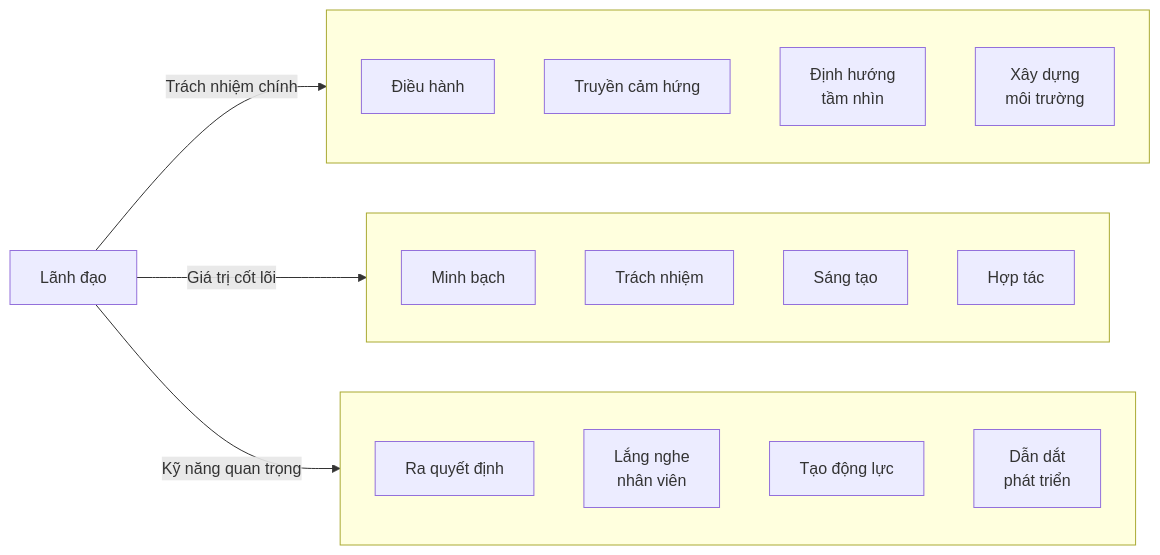
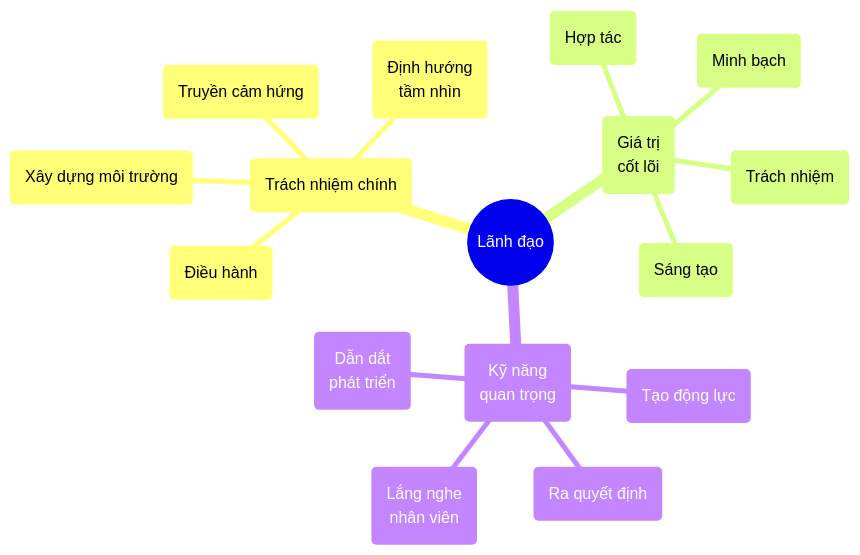
The second of 8 diagrams in src/site/notes/Studies/University/Year 1/T2/EM1180 - Business Culture and Entrepreneurship/Project/Summary - slides.md (FairyHmm/notes), drawn with Mermaid before and after one commit. The commit also changed other lines of this file and 1 other file, not shown here.

````diff
--- a/src/site/notes/Studies/University/Year 1/T2/EM1180 - Business Culture and Entrepreneurship/Project/Summary - slides.md
+++ b/src/site/notes/Studies/University/Year 1/T2/EM1180 - Business Culture and Entrepreneurship/Project/Summary - slides.md
@@ -227,27 +229,19 @@
 ```mermaid
-graph LR
-    A[Lãnh đạo] -->|Trách nhiệm chính|B
-    A -->|Giá trị cốt lõi|C
-    A -->|Kỹ năng quan trọng|D 
-
-    subgraph B[" "]
-        B1[Điều hành]
-        B2[Truyền cảm hứng] 
-        B3[Định hướng<br/>tầm nhìn] 
-        B4[Xây dựng<br/>môi trường]
-    end
-
-    subgraph C[" "]
-        C1[Minh bạch] 
-        C2[Trách nhiệm] 
-        C3[Sáng tạo] 
-        C4[Hợp tác]
-    end
-
-    subgraph D[" "]
-        D1[Ra quyết định] 
-        D2[Lắng nghe<br/>nhân viên] 
-        D3[Tạo động lực] 
-        D4[Dẫn dắt<br/>phát triển]
-    end
+mindmap
+  root((Lãnh đạo))
+    (Trách nhiệm chính)
+      (Điều hành)
+      (Truyền cảm hứng)
+      (Định hướng<br/>tầm nhìn)
+      (Xây dựng môi trường)
+    (Giá trị<br/>cốt lõi)
+      (Minh bạch)
+      (Trách nhiệm)
+      (Sáng tạo)
+      (Hợp tác)
+    (Kỹ năng<br/>quan trọng)
+      (Ra quyết định)
+      (Lắng nghe<br/>nhân viên)
+      (Tạo động lực)
+      (Dẫn dắt<br/>phát triển)
 ```
````
